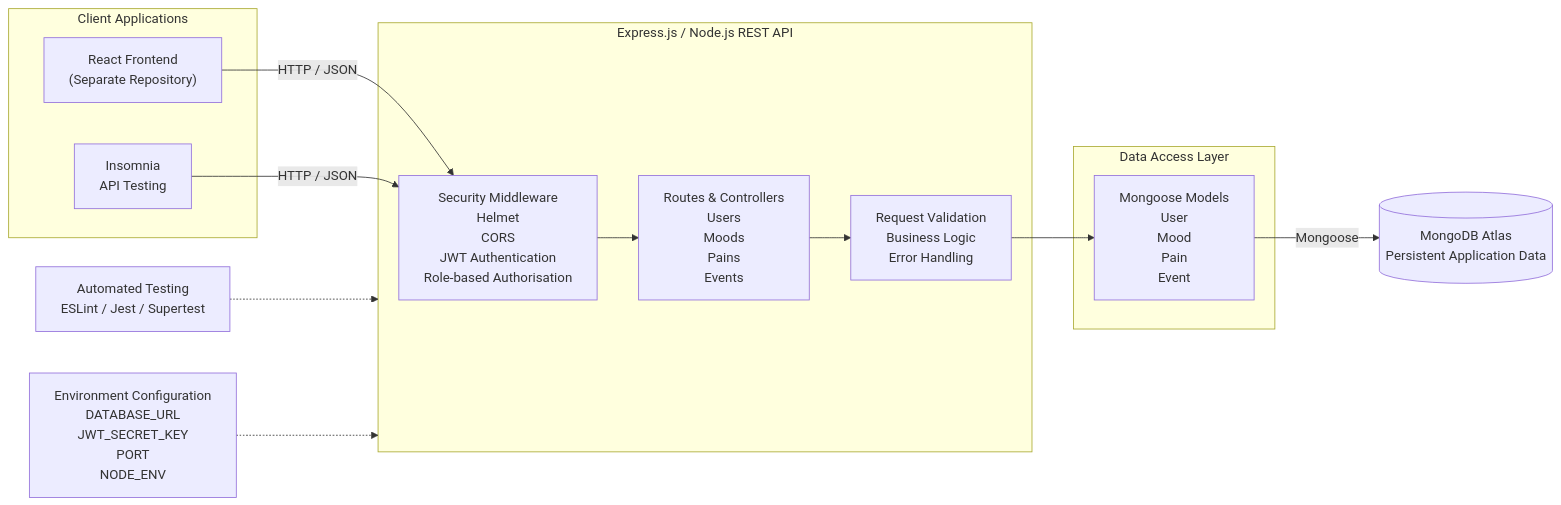
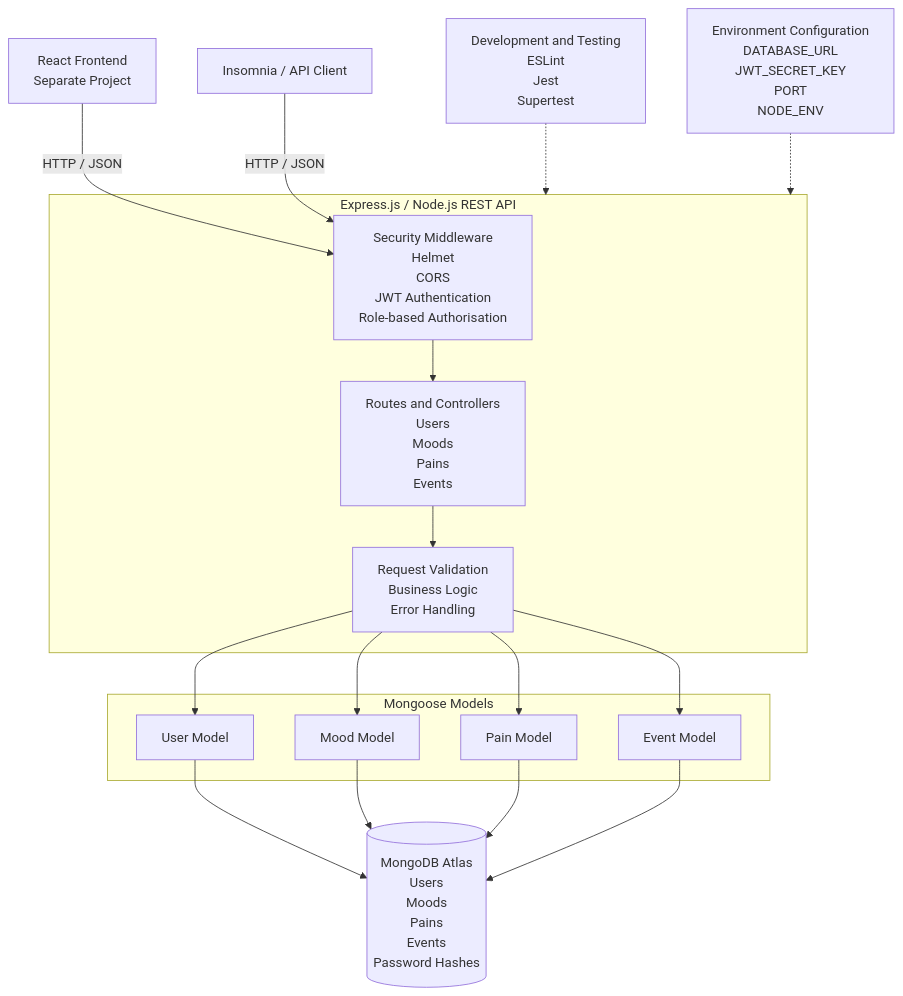
The first of 4 diagrams in README.md (BeeGeeEss/the-village-CICD), drawn with Mermaid before and after one commit. The commit also changed other lines of this file and 5 other files, not shown here.

````diff
--- a/README.md
+++ b/README.md
@@ -81,35 +130,38 @@
 ```mermaid
-flowchart LR
-    subgraph CLIENTS["Client Applications"]
-        REACT["React Frontend<br/>(Separate Repository)"]
-        INSOMNIA["Insomnia<br/>API Testing"]
-    end
+flowchart TB
+
+    FRONTEND["React Frontend<br/>Separate Project"]
+    CLIENT["Insomnia / API Client"]
 
     subgraph API["Express.js / Node.js REST API"]
         SECURITY["Security Middleware<br/>Helmet<br/>CORS<br/>JWT Authentication<br/>Role-based Authorisation"]
-
-        ROUTES["Routes & Controllers<br/>Users<br/>Moods<br/>Pains<br/>Events"]
-
+        ROUTES["Routes and Controllers<br/>Users<br/>Moods<br/>Pains<br/>Events"]
         VALIDATION["Request Validation<br/>Business Logic<br/>Error Handling"]
-
         SECURITY --> ROUTES
         ROUTES --> VALIDATION
     end
 
-    subgraph DATA["Data Access Layer"]
-        MODELS["Mongoose Models<br/>User<br/>Mood<br/>Pain<br/>Event"]
+    subgraph MODELS["Mongoose Models"]
+        USER["User Model"]
+        MOOD["Mood Model"]
+        PAIN["Pain Model"]
+        EVENT["Event Model"]
     end
 
-    DB[("MongoDB Atlas<br/>Persistent Application Data")]
+    DB[("MongoDB Atlas<br/>Users<br/>Moods<br/>Pains<br/>Events<br/>Password Hashes")]
+    TESTS["Development and Testing<br/>ESLint<br/>Jest<br/>Supertest"]
+    ENV["Environment Configuration<br/>DATABASE_URL<br/>JWT_SECRET_KEY<br/>PORT<br/>NODE_ENV"]
 
-    REACT -->|"HTTP / JSON"| SECURITY
-    INSOMNIA -->|"HTTP / JSON"| SECURITY
-    VALIDATION --> MODELS
-    MODELS -->|"Mongoose"| DB
-
-    TESTS["Automated Testing<br/>ESLint / Jest / Supertest"]
-    CONFIG["Environment Configuration<br/>DATABASE_URL<br/>JWT_SECRET_KEY<br/>PORT<br/>NODE_ENV"]
-
+    FRONTEND -->|"HTTP / JSON"| SECURITY
+    CLIENT -->|"HTTP / JSON"| SECURITY
+    VALIDATION --> USER
+    VALIDATION --> MOOD
+    VALIDATION --> PAIN
+    VALIDATION --> EVENT
+    USER --> DB
+    MOOD --> DB
+    PAIN --> DB
+    EVENT --> DB
     TESTS -.-> API
-    CONFIG -.-> API
+    ENV -.-> API
 ```
````
